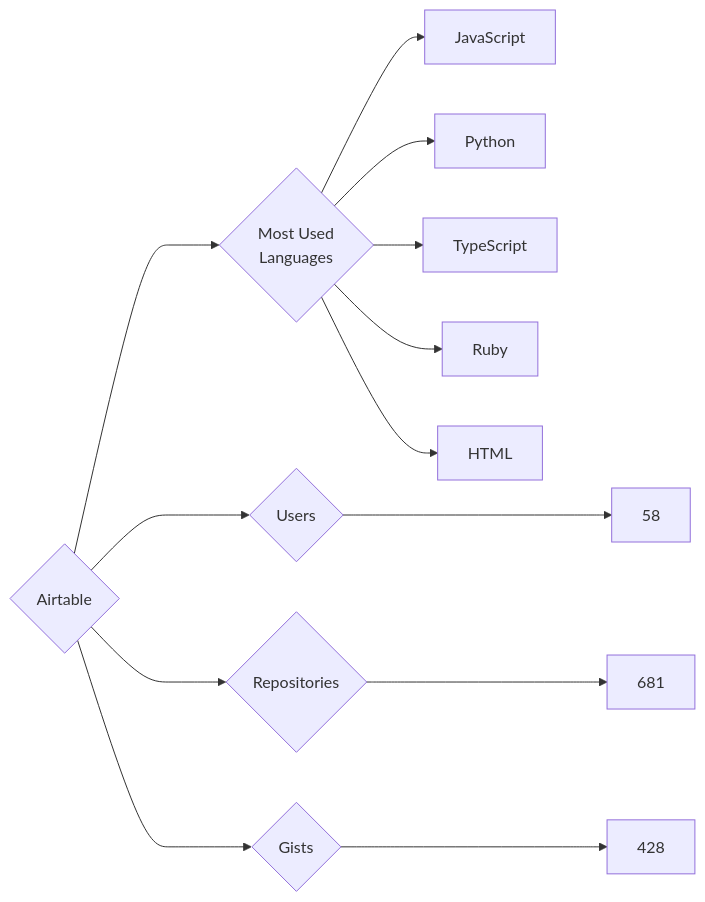
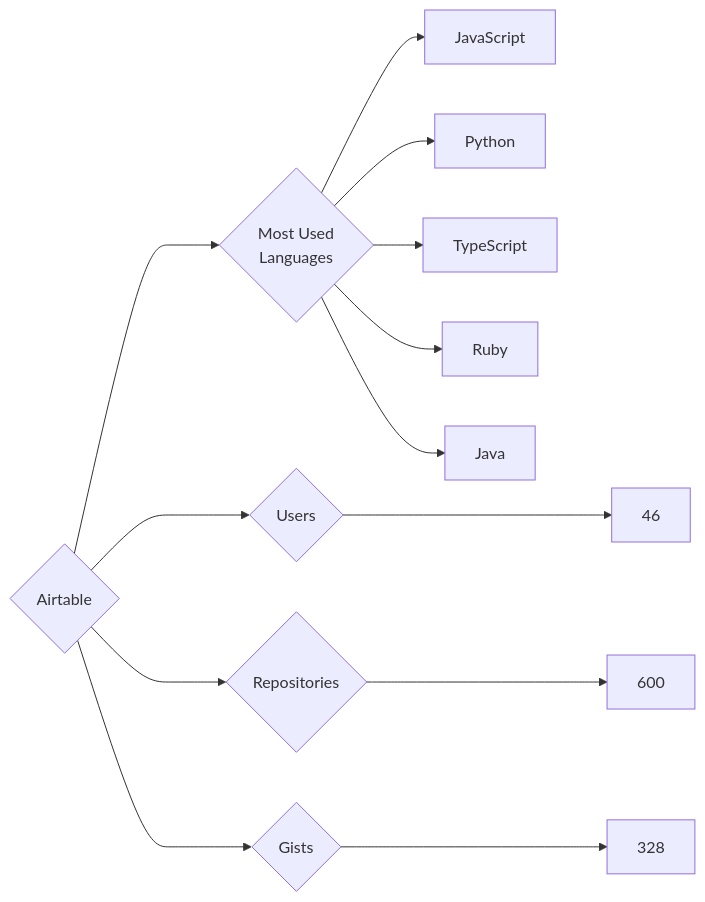
The diagram in targets/Airtable/README.md (trickest/insiders), drawn with Mermaid before and after one commit. The commit also changed 809 other files, not shown here.

````diff
--- a/targets/Airtable/README.md
+++ b/targets/Airtable/README.md
@@ -3,13 +3,13 @@
 ```mermaid
 graph LR
 COMPANY_NAME{Airtable}
-COMPANY_NAME ---> U{Users} ---> UN[58]
-COMPANY_NAME ---> R{Repositories} ---> RN[681]
-COMPANY_NAME ---> G{Gists} ---> GN[428]
+COMPANY_NAME ---> U{Users} ---> UN[46]
+COMPANY_NAME ---> R{Repositories} ---> RN[600]
+COMPANY_NAME ---> G{Gists} ---> GN[328]
 COMPANY_NAME ---> ML{Most Used<br>Languages}
 ML --> JavaScript[JavaScript]
 ML --> Python[Python]
 ML --> TypeScript[TypeScript]
 ML --> Ruby[Ruby]
-ML --> HTML[HTML]
+ML --> Java[Java]
 ```
````
